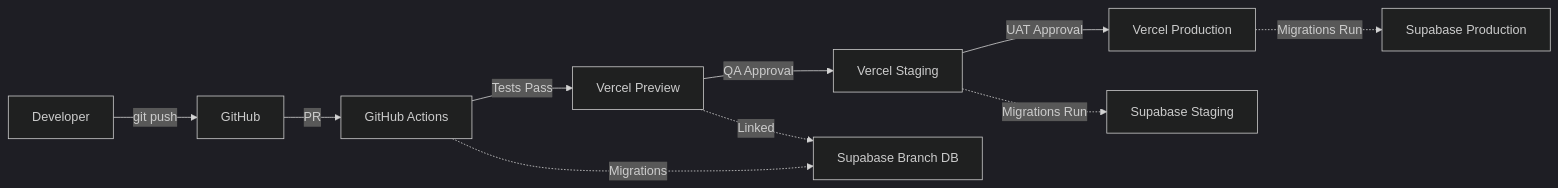
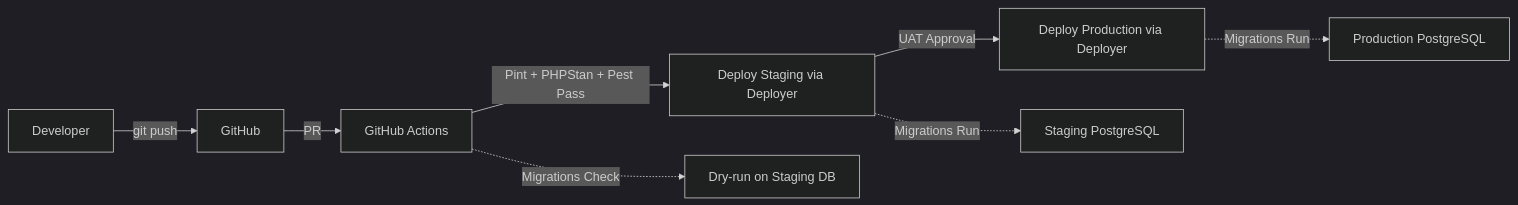
Before and after one commit to alharbib902-del/technical-handover: the seventh of 8 diagrams in مسودات-الوكلاء/الجزء-01-السياق-والمعمارية.md, drawn with Mermaid (dark theme). The commit also changed other lines of this file and 22 other files, not shown here.

````diff
--- a/مسودات-الوكلاء/الجزء-01-السياق-والمعمارية.md
+++ b/مسودات-الوكلاء/الجزء-01-السياق-والمعمارية.md
@@ -1099,13 +1093,11 @@
 ```mermaid
 graph LR
     DEV[Developer] -->|git push| GH[GitHub]
     GH -->|PR| CI[GitHub Actions]
-    CI -->|Tests Pass| PREVIEW[Vercel Preview]
-    PREVIEW -->|QA Approval| STAGING[Vercel Staging]
-    STAGING -->|UAT Approval| PROD[Vercel Production]
+    CI -->|Pint + PHPStan + Pest Pass| STAGING[Deploy Staging via Deployer]
+    STAGING -->|UAT Approval| PROD[Deploy Production via Deployer]
 
-    CI -.->|Migrations| SUPA_PR[Supabase Branch DB]
-    PREVIEW -.->|Linked| SUPA_PR
-    STAGING -.->|Migrations Run| SUPA_STG[Supabase Staging]
-    PROD -.->|Migrations Run| SUPA_PROD[Supabase Production]
+    CI -.->|Migrations Check| DRY[Dry-run on Staging DB]
+    STAGING -.->|Migrations Run| SUPA_STG[Staging PostgreSQL]
+    PROD -.->|Migrations Run| SUPA_PROD[Production PostgreSQL]
 ```
````
